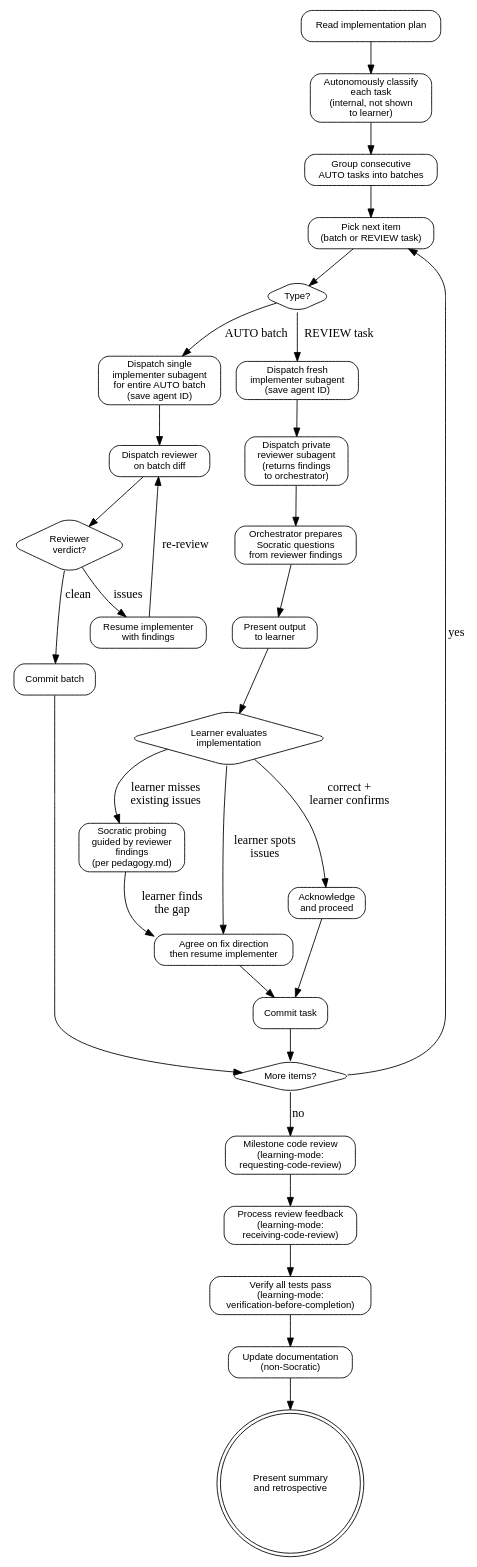
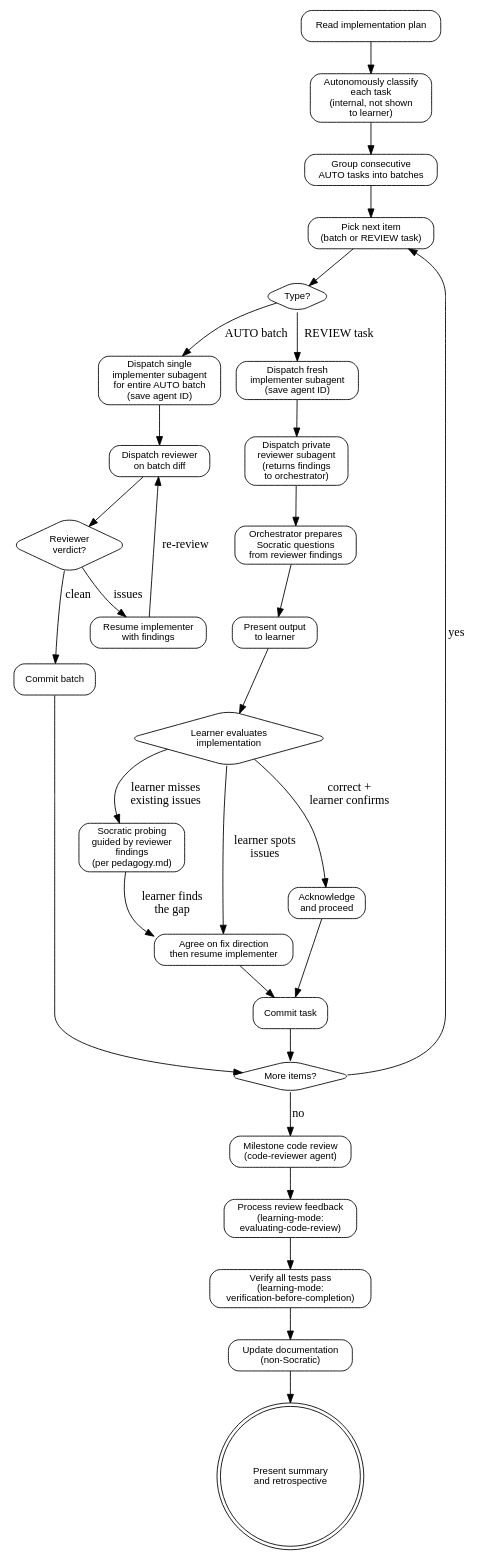
Before and after one commit to alennartz/claude-plugins: the diagram in learning-mode/skills/executing-plans/SKILL.md, drawn with Graphviz. The commit also changed other lines of this file and 7 other files, not shown here.

First line of the commit message:
consolidate code review skills: delete requesting, rename receiving to evaluating

````diff
--- a/learning-mode/skills/executing-plans/SKILL.md
+++ b/learning-mode/skills/executing-plans/SKILL.md
@@ -33,73 +33,73 @@
 ```dot
 digraph executing_plans {
     rankdir=TB;
     node [fontname="Helvetica", fontsize=11, shape=box, style=rounded];
 
     read_plan [label="Read implementation plan"];
     classify [label="Autonomously classify\neach task\n(internal, not shown\nto learner)"];
     group [label="Group consecutive\nAUTO tasks into batches"];
 
     pick_next [label="Pick next item\n(batch or REVIEW task)"];
     check_type [label="Type?" shape=diamond];
 
     // AUTO path
     dispatch_batch [label="Dispatch single\nimplementer subagent\nfor entire AUTO batch\n(save agent ID)"];
     batch_review [label="Dispatch reviewer\non batch diff"];
     batch_clean [label="Reviewer\nverdict?" shape=diamond];
     batch_commit [label="Commit batch"];
     batch_fix [label="Resume implementer\nwith findings"];
 
     // REVIEW path
     dispatch_impl [label="Dispatch fresh\nimplementer subagent\n(save agent ID)"];
     dispatch_reviewer [label="Dispatch private\nreviewer subagent\n(returns findings\nto orchestrator)"];
     orchestrator_prep [label="Orchestrator prepares\nSocratic questions\nfrom reviewer findings"];
     present_to_learner [label="Present output\nto learner"];
     learner_review [label="Learner evaluates\nimplementation" shape=diamond];
     socratic_probe [label="Socratic probing\nguided by reviewer\nfindings\n(per pedagogy.md)"];
     fix [label="Agree on fix direction\nthen resume implementer"];
     acknowledge [label="Acknowledge\nand proceed"];
     review_commit [label="Commit task"];
 
     // Completion
     more_items [label="More items?" shape=diamond];
-    milestone_review [label="Milestone code review\n(learning-mode:\nrequesting-code-review)"];
-    receive_review [label="Process review feedback\n(learning-mode:\nreceiving-code-review)"];
+    milestone_review [label="Milestone code review\n(code-reviewer agent)"];
+    receive_review [label="Process review feedback\n(learning-mode:\nevaluating-code-review)"];
     verify [label="Verify all tests pass\n(learning-mode:\nverification-before-completion)"];
     docs [label="Update documentation\n(non-Socratic)"];
     summary [label="Present summary\nand retrospective" shape=doublecircle];
 
     read_plan -> classify;
     classify -> group;
     group -> pick_next;
 
     pick_next -> check_type;
     check_type -> dispatch_batch [label="AUTO batch"];
     check_type -> dispatch_impl [label="REVIEW task"];
 
     dispatch_batch -> batch_review;
     batch_review -> batch_clean;
     batch_clean -> batch_commit [label="clean"];
     batch_clean -> batch_fix [label="issues"];
     batch_fix -> batch_review [label="re-review"];
     batch_commit -> more_items;
 
     dispatch_impl -> dispatch_reviewer;
     dispatch_reviewer -> orchestrator_prep;
     orchestrator_prep -> present_to_learner;
     present_to_learner -> learner_review;
     learner_review -> socratic_probe [label="learner misses\nexisting issues"];
     learner_review -> fix [label="learner spots\nissues"];
     learner_review -> acknowledge [label="correct +\nlearner confirms"];
     socratic_probe -> fix [label="learner finds\nthe gap"];
     fix -> review_commit;
     acknowledge -> review_commit;
     review_commit -> more_items;
 
     more_items -> pick_next [label="yes"];
     more_items -> milestone_review [label="no"];
     milestone_review -> receive_review;
     receive_review -> verify;
     verify -> docs;
     docs -> summary;
 }
 ```
````
